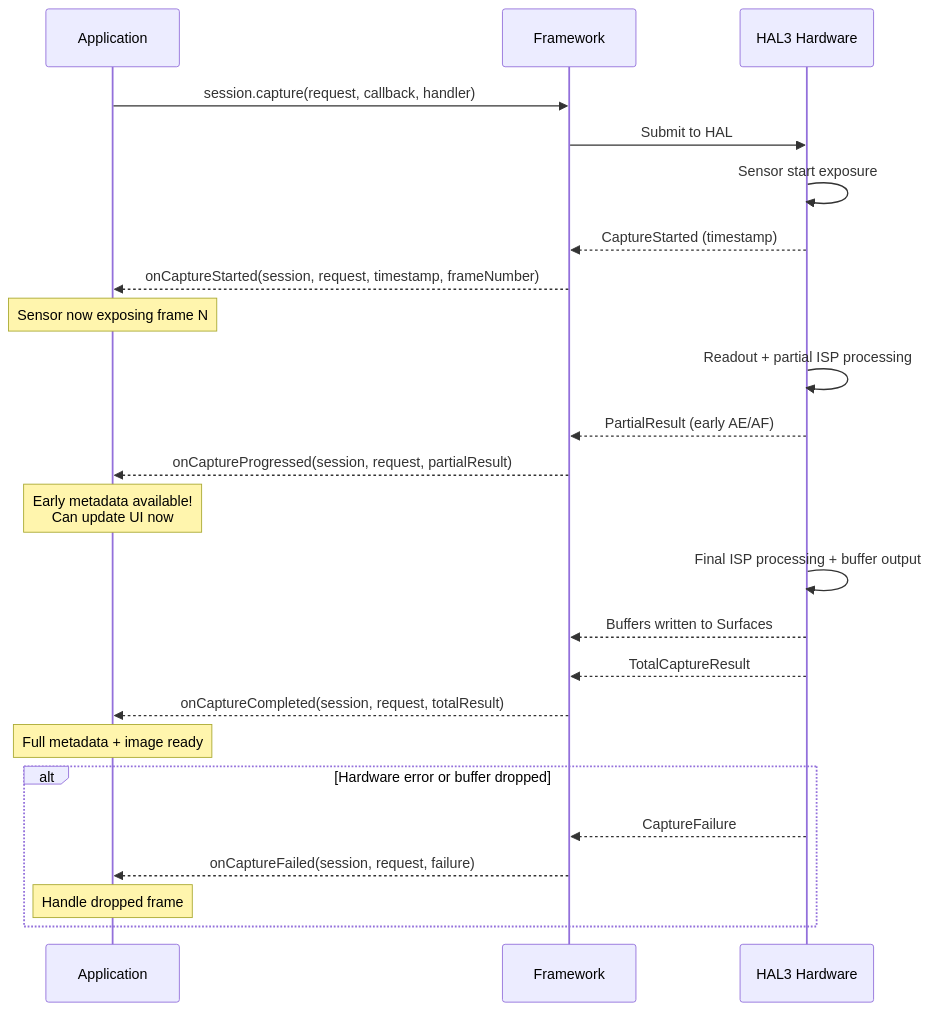
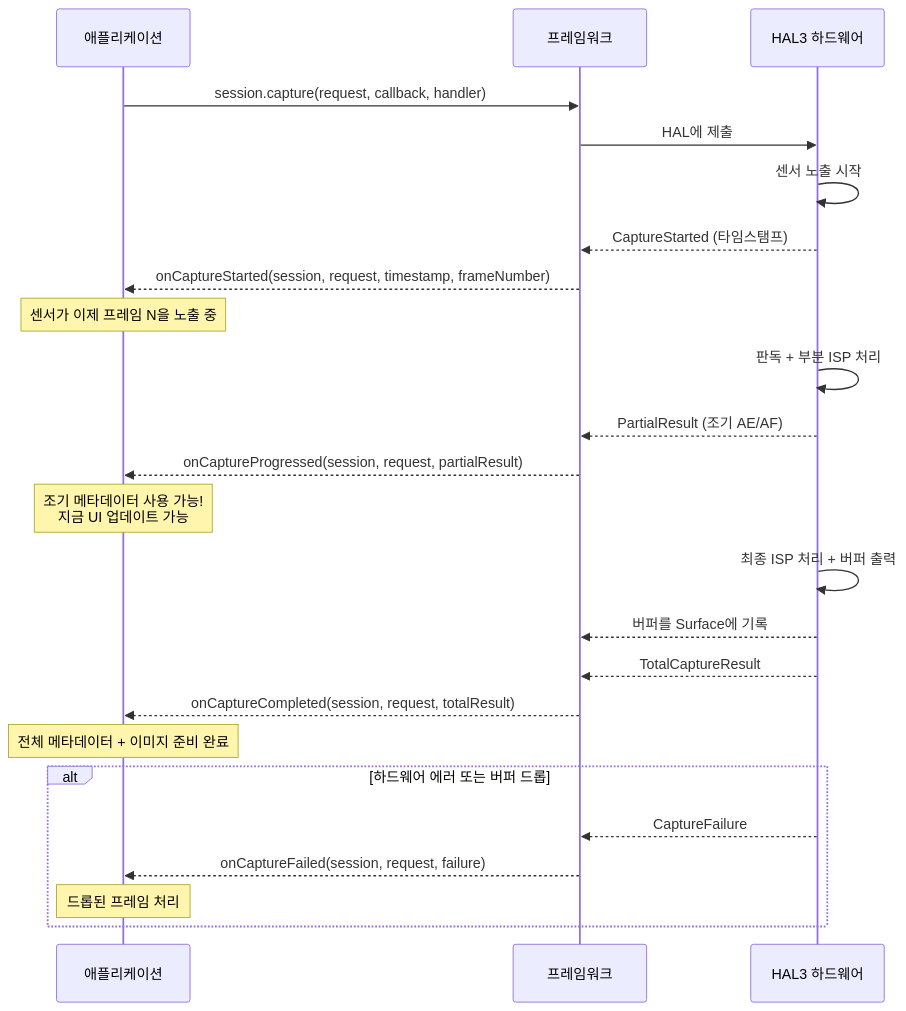
One commit to zoozooll/AndroidCameraParameters changed the second of 4 diagrams in website/i18n/ko/docusaurus-plugin-content-docs/current/camera2/the-camera2-pipeline.md. Above: the diagram before and after it, drawn with Mermaid. The commit also changed other lines of this file and 378 other files, not shown here.

````diff
--- a/website/i18n/ko/docusaurus-plugin-content-docs/current/camera2/the-camera2-pipeline.md
+++ b/website/i18n/ko/docusaurus-plugin-content-docs/current/camera2/the-camera2-pipeline.md
@@ -223,31 +223,31 @@
 ```mermaid
 sequenceDiagram
-    participant App as Application
-    participant FR as Framework
-    participant HAL as HAL3 Hardware
+    participant App as 애플리케이션
+    participant FR as 프레임워크
+    participant HAL as HAL3 하드웨어
 
     App->>FR: session.capture(request, callback, handler)
-    FR->>HAL: Submit to HAL
-    HAL->>HAL: Sensor start exposure
+    FR->>HAL: HAL에 제출
+    HAL->>HAL: 센서 노출 시작
     
-    HAL-->>FR: CaptureStarted (timestamp)
+    HAL-->>FR: CaptureStarted (타임스탬프)
     FR-->>App: onCaptureStarted(session, request, timestamp, frameNumber)
-    Note over App: Sensor now exposing frame N
+    Note over App: 센서가 이제 프레임 N을 노출 중
 
-    HAL->>HAL: Readout + partial ISP processing
-    HAL-->>FR: PartialResult (early AE/AF)
+    HAL->>HAL: 판독 + 부분 ISP 처리
+    HAL-->>FR: PartialResult (조기 AE/AF)
     FR-->>App: onCaptureProgressed(session, request, partialResult)
-    Note over App: Early metadata available!<br/>Can update UI now
+    Note over App: 조기 메타데이터 사용 가능!<br/>지금 UI 업데이트 가능
 
-    HAL->>HAL: Final ISP processing + buffer output
-    HAL-->>FR: Buffers written to Surfaces
+    HAL->>HAL: 최종 ISP 처리 + 버퍼 출력
+    HAL-->>FR: 버퍼를 Surface에 기록
     HAL-->>FR: TotalCaptureResult
     FR-->>App: onCaptureCompleted(session, request, totalResult)
-    Note over App: Full metadata + image ready
+    Note over App: 전체 메타데이터 + 이미지 준비 완료
 
-    alt Hardware error or buffer dropped
+    alt 하드웨어 에러 또는 버퍼 드롭
         HAL-->>FR: CaptureFailure
         FR-->>App: onCaptureFailed(session, request, failure)
-        Note over App: Handle dropped frame
+        Note over App: 드롭된 프레임 처리
     end
 ```
````
